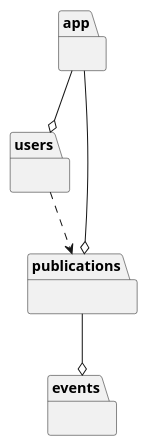
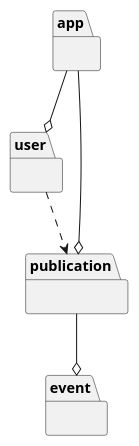
One commit to Dayannis-07/ING_SOFT changed the diagram in docs/scenariosView/packageDiagram.plantuml. Above: the diagram before and after it, drawn with PlantUML. The commit also changed 5 other files, not shown here.

```diff
--- a/docs/scenariosView/packageDiagram.plantuml
+++ b/docs/scenariosView/packageDiagram.plantuml
@@ -1,16 +1,16 @@
 @startuml packageDiagram
 
-package users{}
+package user{}
 
-package publications{}
+package publication{}
 
-package events{}
+package event{}
 
 package app{}
 
-users ..> publications
-publications --o events
-app --o users
-app --o publications
+user ..> publication
+publication --o event
+app --o user
+app --o publication
  
 @enduml
```
